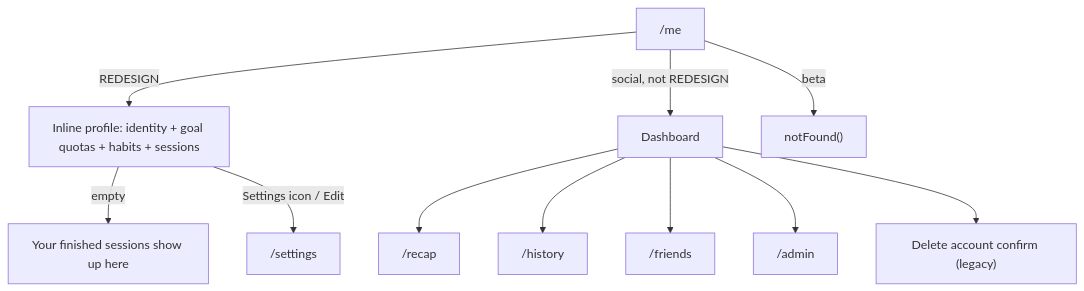
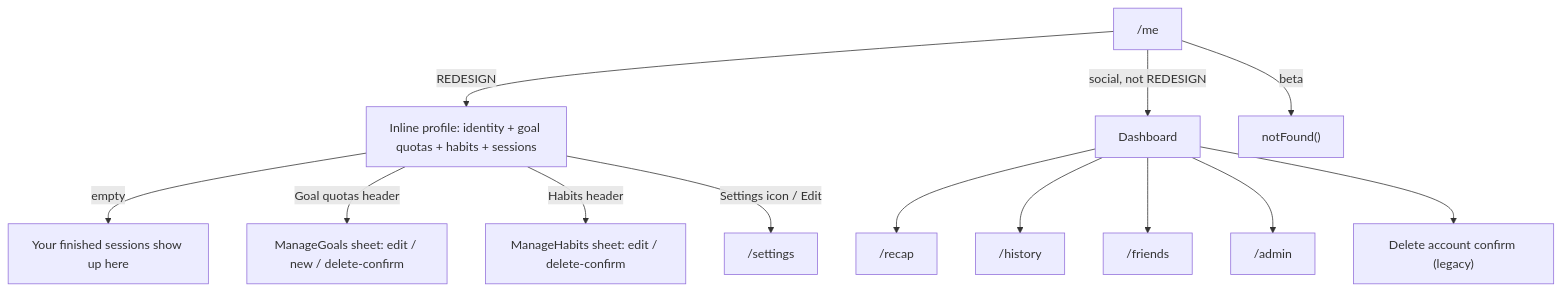
Before and after one commit to iroybisw47/progra: the sixth of 7 diagrams in docs/SCREENS.md, drawn with Mermaid. The commit also changed other lines of this file and 2 other files, not shown here.

First line of the commit message:
Document patch notes, You-page editing and the Settings share

````diff
--- a/docs/SCREENS.md
+++ b/docs/SCREENS.md
@@ -290,13 +296,15 @@
 ```mermaid
 flowchart TD
   me["/me"] -->|REDESIGN| you["Inline profile: identity + goal quotas + habits + sessions"]
   me -->|social, not REDESIGN| dash["Dashboard"]
   me -->|beta| x404["notFound()"]
   you -->|empty| es["Your finished sessions show up here"]
+  you -->|"Goal quotas" header| mg["ManageGoals sheet: edit / new / delete-confirm"]
+  you -->|"Habits" header| mh2["ManageHabits sheet: edit / delete-confirm"]
   you -->|Settings icon / Edit| settings["/settings"]
   dash --> recap["/recap"]
   dash --> history["/history"]
   dash --> friends["/friends"]
   dash --> admin["/admin"]
   dash --> delacct["Delete account confirm (legacy)"]
 ```
````
